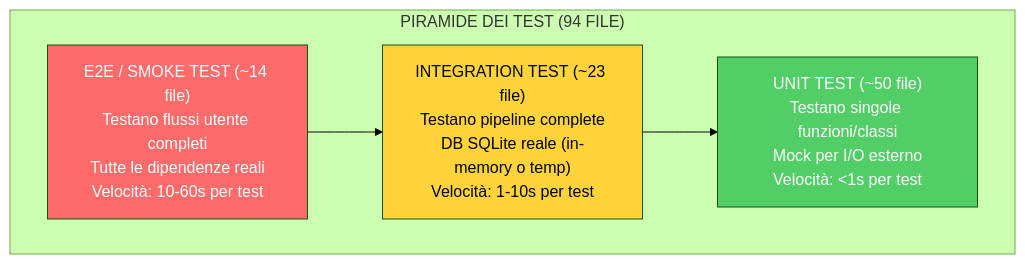
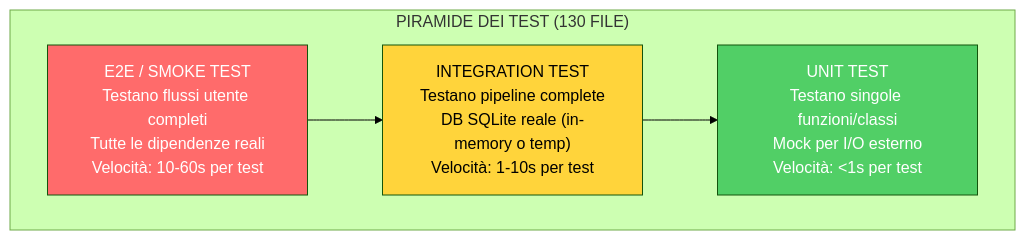
Diagram 40 of 52 in docs/books/Book-Coach-3.md (renanaugustomacena-ux/Counter-Strike-coach-AI), drawn with Mermaid (forest theme) before and after one commit. The commit also changed other lines of this file and 4 other files, not shown here.

````diff
--- a/docs/books/Book-Coach-3.md
+++ b/docs/books/Book-Coach-3.md
@@ -2152,12 +2165,12 @@
 ```mermaid
 flowchart TB
-    subgraph PYRAMID["PIRAMIDE DEI TEST (94 FILE)"]
-        UNIT["UNIT TEST (~50 file)<br/>Testano singole funzioni/classi<br/>Mock per I/O esterno<br/>Velocità: <1s per test"]
-        INTEG["INTEGRATION TEST (~23 file)<br/>Testano pipeline complete<br/>DB SQLite reale (in-memory o temp)<br/>Velocità: 1-10s per test"]
-        E2E["E2E / SMOKE TEST (~14 file)<br/>Testano flussi utente completi<br/>Tutte le dipendenze reali<br/>Velocità: 10-60s per test"]
+    subgraph PYRAMID["PIRAMIDE DEI TEST (130 FILE)"]
+        UNIT["UNIT TEST<br/>Testano singole funzioni/classi<br/>Mock per I/O esterno<br/>Velocità: <1s per test"]
+        INTEG["INTEGRATION TEST<br/>Testano pipeline complete<br/>DB SQLite reale (in-memory o temp)<br/>Velocità: 1-10s per test"]
+        E2E["E2E / SMOKE TEST<br/>Testano flussi utente completi<br/>Tutte le dipendenze reali<br/>Velocità: 10-60s per test"]
     end
     E2E --> INTEG --> UNIT
     style UNIT fill:#51cf66,color:#fff
     style INTEG fill:#ffd43b,color:#000
     style E2E fill:#ff6b6b,color:#fff
 ```
````
